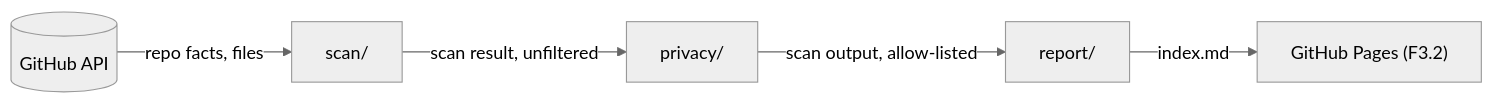
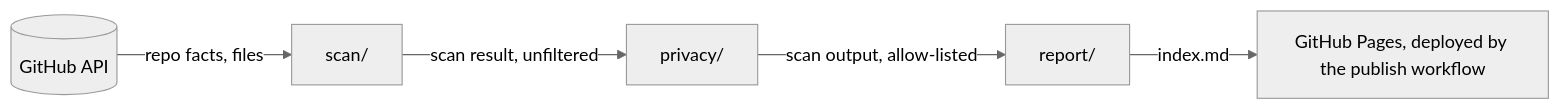
Before and after one commit to flegaspi700/portfolio-dashboard: the diagram in docs/architecture.md, drawn with Mermaid (neutral theme). The commit also changed other lines of this file and 5 other files, not shown here.

First line of the commit message:
feat: daily workflow to scan, report and deploy (S3.2.1) (#28)

````diff
--- a/docs/architecture.md
+++ b/docs/architecture.md
@@ -17,7 +17,7 @@
 ```mermaid
 flowchart LR
     gh[("GitHub API")] -- "repo facts, files" --> scan["scan/"]
     scan -- "scan result, unfiltered" --> privacy["privacy/"]
     privacy -- "scan output, allow-listed" --> report["report/"]
-    report -- "index.md" --> pages["GitHub Pages (F3.2)"]
+    report -- "index.md" --> pages["GitHub Pages, deployed by the publish workflow"]
 ```
````
